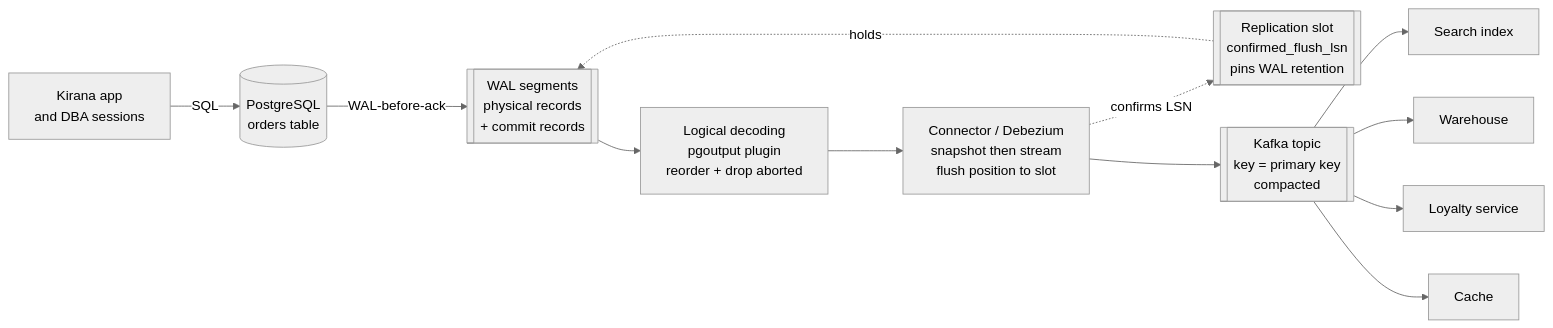
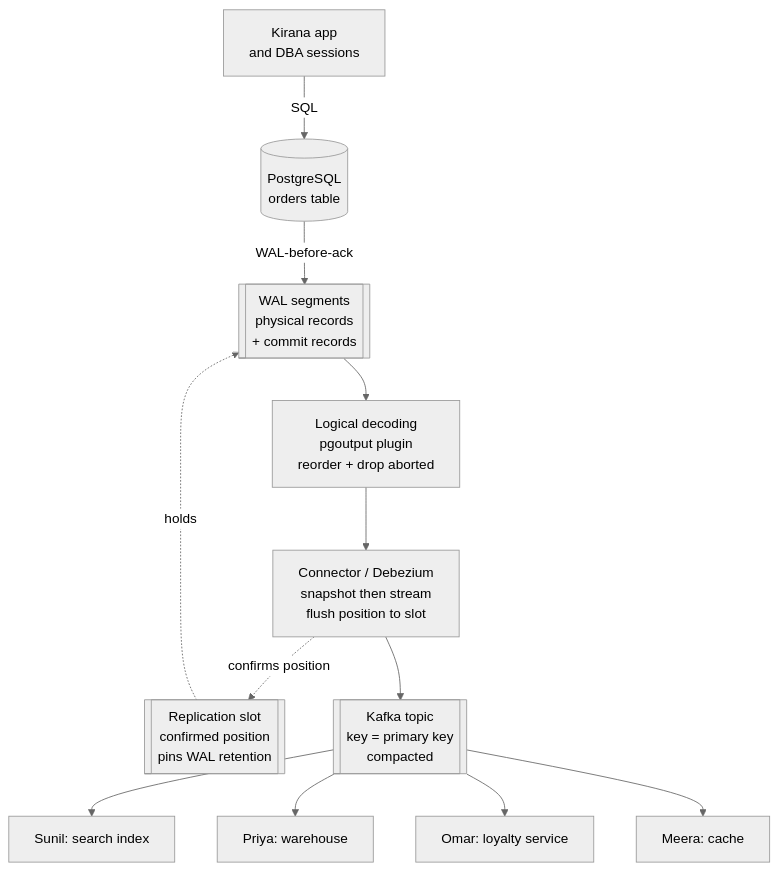
One commit to ravivarmachaluvadi/Learning changed the first of 2 diagrams in 52-change-data-capture/README.md. Above: the diagram before and after it, drawn with Mermaid (neutral theme). The commit also changed other lines of this file, not shown here.

````diff
--- a/52-change-data-capture/README.md
+++ b/52-change-data-capture/README.md
@@ -646,14 +811,14 @@
 ```mermaid
-flowchart LR
-  APP[Kirana app<br/>and DBA sessions] -->|SQL| PG[(PostgreSQL<br/>orders table)]
-  PG -->|WAL-before-ack| WAL[[WAL segments<br/>physical records<br/>+ commit records]]
-  WAL --> DEC[Logical decoding<br/>pgoutput plugin<br/>reorder + drop aborted]
-  SLOT[[Replication slot<br/>confirmed_flush_lsn<br/>pins WAL retention]] -.holds.-> WAL
-  DEC --> CONN[Connector / Debezium<br/>snapshot then stream<br/>flush position to slot]
-  CONN -.confirms LSN.-> SLOT
-  CONN --> K[[Kafka topic<br/>key = primary key<br/>compacted]]
-  K --> S[Search index]
-  K --> W[Warehouse]
-  K --> L[Loyalty service]
-  K --> C[Cache]
+flowchart TD
+  APP[Kirana app<br>and DBA sessions] -->|SQL| PG[(PostgreSQL<br>orders table)]
+  PG -->|WAL-before-ack| WAL[[WAL segments<br>physical records<br>+ commit records]]
+  WAL --> DEC[Logical decoding<br>pgoutput plugin<br>reorder + drop aborted]
+  SLOT[[Replication slot<br>confirmed position<br>pins WAL retention]] -.holds.-> WAL
+  DEC --> CONN[Connector / Debezium<br>snapshot then stream<br>flush position to slot]
+  CONN -.confirms position.-> SLOT
+  CONN --> K[[Kafka topic<br>key = primary key<br>compacted]]
+  K --> S[Sunil: search index]
+  K --> W[Priya: warehouse]
+  K --> L[Omar: loyalty service]
+  K --> C[Meera: cache]
 ```
````
